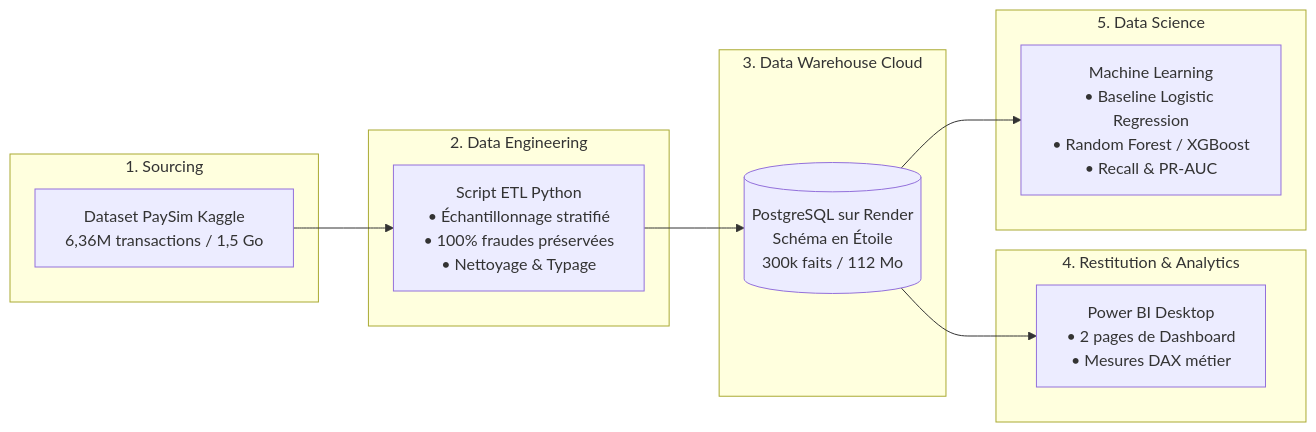
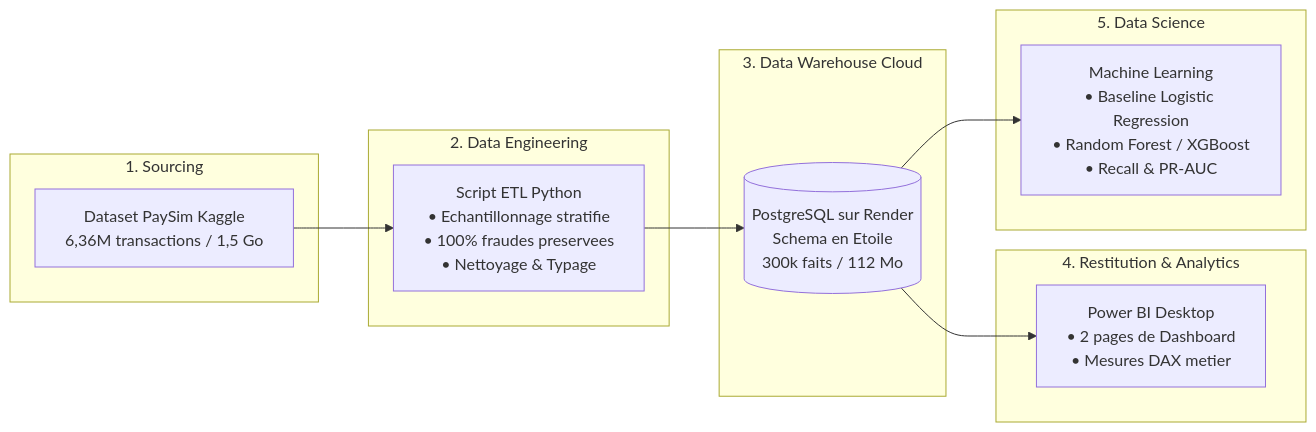
One commit to Dominique12345678/projet-paysim changed the diagram in README.md. Above: the diagram before and after it, drawn with Mermaid. The commit also changed other lines of this file, not shown here.

````diff
--- a/README.md
+++ b/README.md
@@ -20,26 +20,26 @@
 ```mermaid
 flowchart LR
     subgraph 1. Sourcing
         RAW[Dataset PaySim Kaggle<br/>6,36M transactions / 1,5 Go]
     end
 
     subgraph 2. Data Engineering
-        ETL[Script ETL Python<br/>• Échantillonnage stratifié<br/>• 100% fraudes préservées<br/>• Nettoyage & Typage]
+        ETL[Script ETL Python<br/>• Echantillonnage stratifie<br/>• 100% fraudes preservees<br/>• Nettoyage & Typage]
     end
 
     subgraph 3. Data Warehouse Cloud
-        RENDER[(PostgreSQL sur Render<br/>Schéma en Étoile<br/>300k faits / 112 Mo)]
+        RENDER[(PostgreSQL sur Render<br/>Schema en Etoile<br/>300k faits / 112 Mo)]
     end
 
     subgraph 4. Restitution & Analytics
-        PBI[Power BI Desktop<br/>• 2 pages de Dashboard<br/>• Mesures DAX métier]
+        PBI[Power BI Desktop<br/>• 2 pages de Dashboard<br/>• Mesures DAX metier]
     end
 
     subgraph 5. Data Science
         ML[Machine Learning<br/>• Baseline Logistic Regression<br/>• Random Forest / XGBoost<br/>• Recall & PR-AUC]
     end
 
     RAW --> ETL --> RENDER
     RENDER --> PBI
     RENDER --> ML
 ```
````
